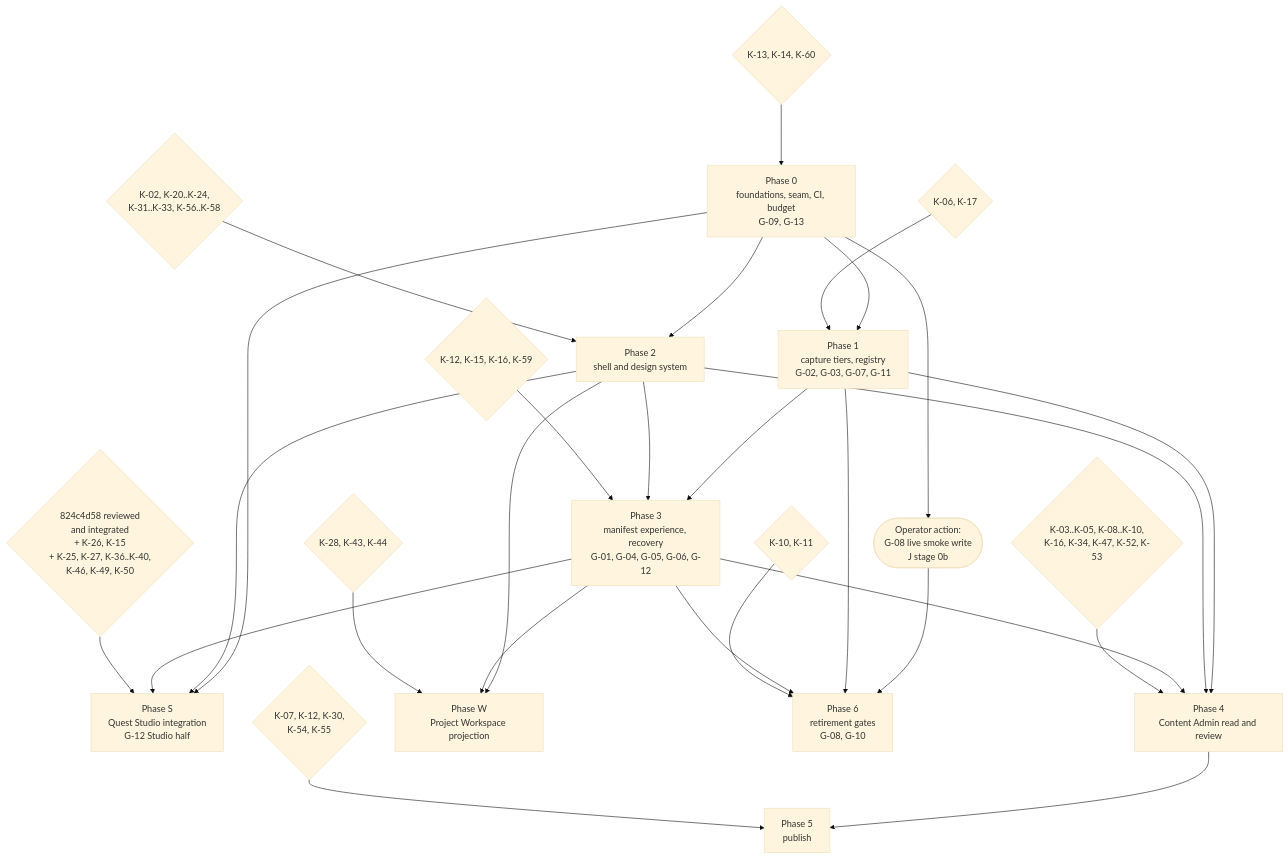
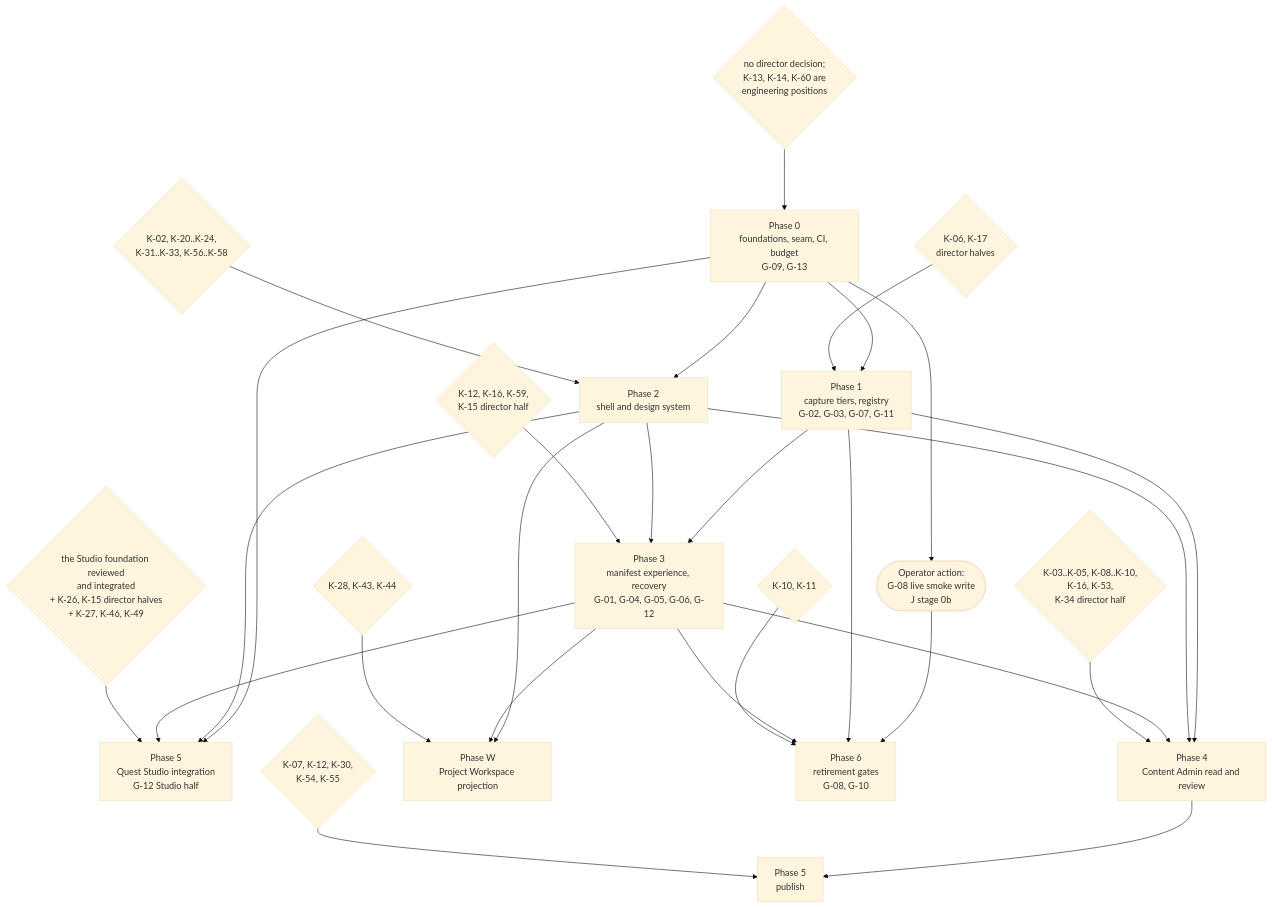
Before and after one commit to perseverance484/tnr-tools: the diagram in docs/forge_next/G_ROADMAP.md, drawn with Mermaid (base theme). The commit also changed other lines of this file and 11 other files, not shown here.

````diff
--- a/docs/forge_next/G_ROADMAP.md
+++ b/docs/forge_next/G_ROADMAP.md
@@ -306,50 +308,50 @@
 ```mermaid
 graph TD
   P0["Phase 0<br/>foundations, seam, CI, budget<br/>G-09, G-13"]
   P1["Phase 1<br/>capture tiers, registry<br/>G-02, G-03, G-07, G-11"]
   P2["Phase 2<br/>shell and design system"]
   P3["Phase 3<br/>manifest experience, recovery<br/>G-01, G-04, G-05, G-06, G-12"]
   PS["Phase S<br/>Quest Studio integration<br/>G-12 Studio half"]
   P4["Phase 4<br/>Content Admin read and review"]
   P5["Phase 5<br/>publish"]
   PW["Phase W<br/>Project Workspace projection"]
   P6["Phase 6<br/>retirement gates<br/>G-08, G-10"]
 
-  D0{"K-13, K-14, K-60"}
-  D1{"K-06, K-17"}
+  D0{"no director decision;<br/>K-13, K-14, K-60 are<br/>engineering positions"}
+  D1{"K-06, K-17<br/>director halves"}
   D2{"K-02, K-20..K-24,<br/>K-31..K-33, K-56..K-58"}
-  D3{"K-12, K-15, K-16, K-59"}
-  DS{"824c4d58 reviewed<br/>and integrated<br/>+ K-26, K-15<br/>+ K-25, K-27, K-36..K-40,<br/>K-46, K-49, K-50"}
-  D4{"K-03..K-05, K-08..K-10,<br/>K-16, K-34, K-47, K-52, K-53"}
+  D3{"K-12, K-16, K-59,<br/>K-15 director half"}
+  DS{"the Studio foundation reviewed<br/>and integrated<br/>+ K-26, K-15 director halves<br/>+ K-27, K-46, K-49"}
+  D4{"K-03..K-05, K-08..K-10,<br/>K-16, K-53,<br/>K-34 director half"}
   D5{"K-07, K-12, K-30,<br/>K-54, K-55"}
   DW{"K-28, K-43, K-44"}
   D6{"K-10, K-11"}
   OP(["Operator action:<br/>G-08 live smoke write<br/>J stage 0b"])
 
   D0 --> P0
   P0 --> P1
   P0 --> P2
   D1 --> P1
   D2 --> P2
   P1 --> P3
   P2 --> P3
   D3 --> P3
   P0 --> PS
   P2 --> PS
   P3 --> PS
   DS --> PS
   P1 --> P4
   P2 --> P4
   P3 --> P4
   D4 --> P4
   P4 --> P5
   D5 --> P5
   P2 --> PW
   P3 --> PW
   DW --> PW
   P0 --> OP
   OP --> P6
   P1 --> P6
   P3 --> P6
   D6 --> P6
 ```
````
